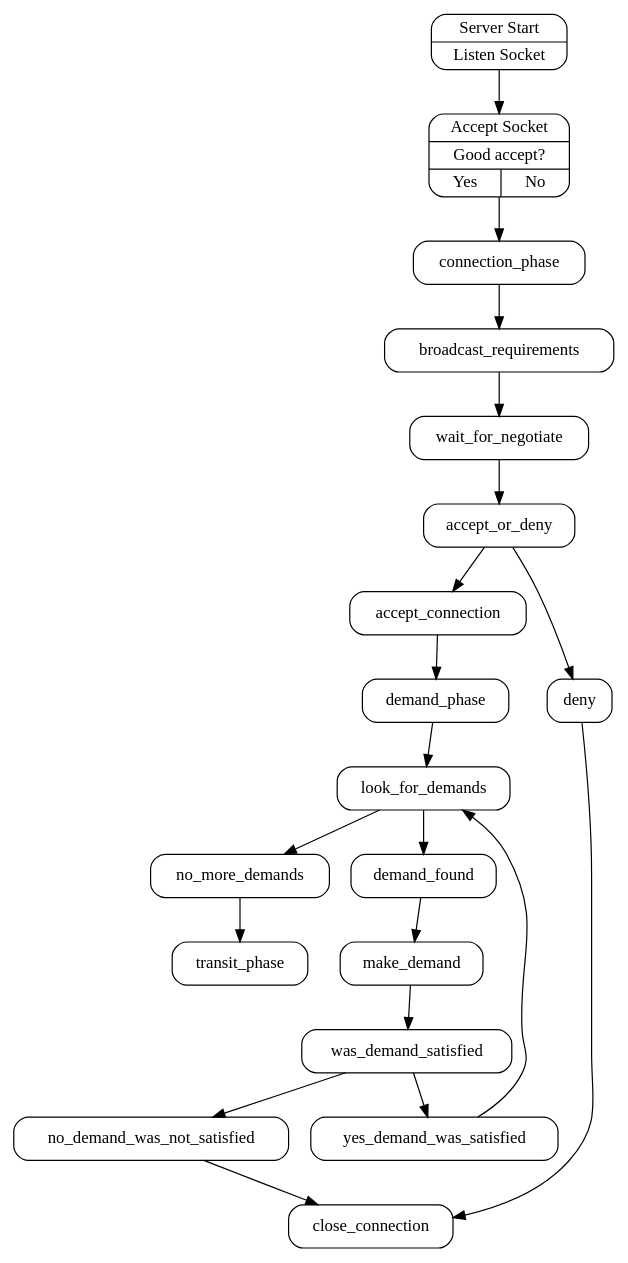
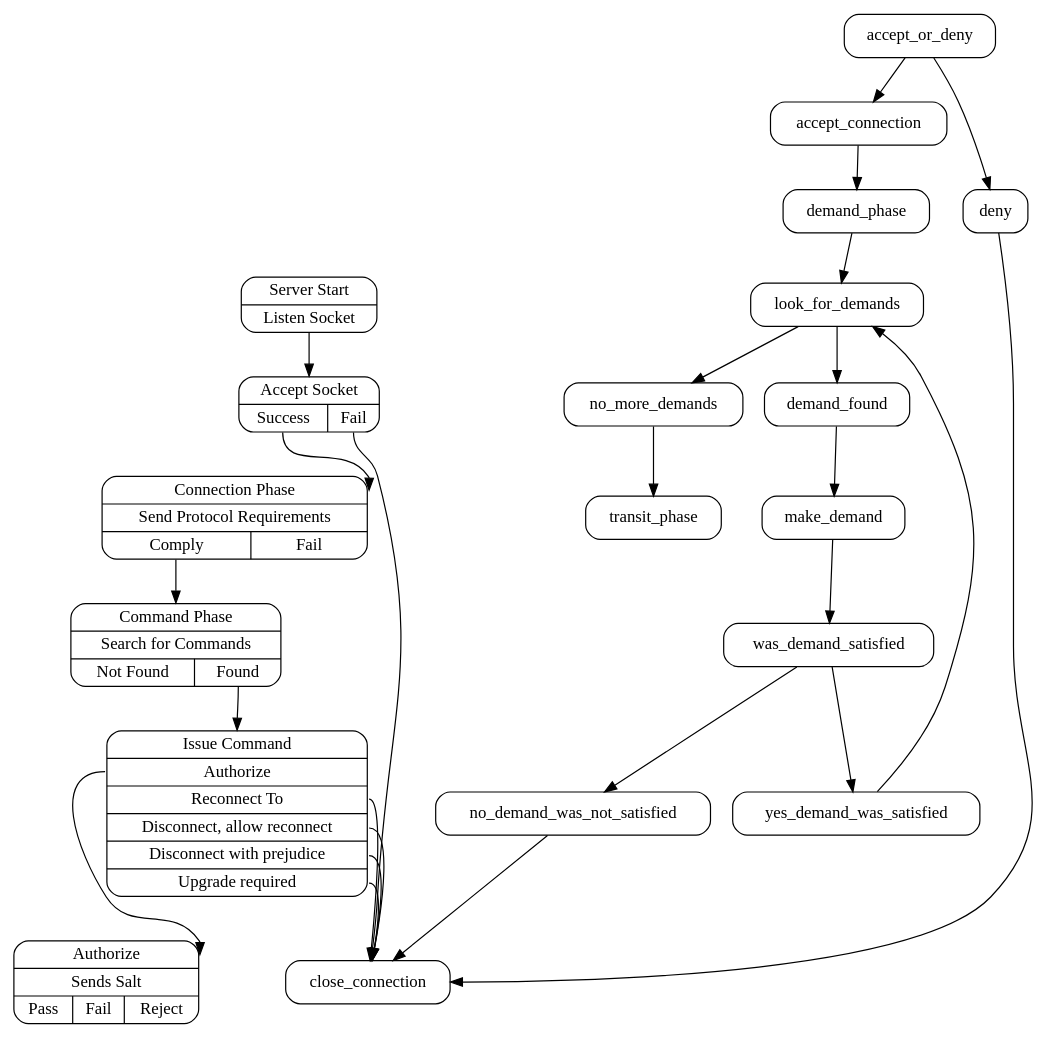
One commit to StoneCypher/scutil.github.com changed the diagram in spec/NBP Diagram.dot. Above: the diagram before and after it, drawn with Graphviz.

Commit message:
Progress on the Net Bridge Protocol implementation

```diff
--- a/spec/NBP Diagram.dot
+++ b/spec/NBP Diagram.dot
@@ -1,31 +1,50 @@
 // $Revision$
 
 digraph G {
 
     graph [];
     node  [shape=Mrecord];
     edge  [];
 
-    "server_start"  [label="{Server Start|Listen Socket}"];
-    "accept_socket" [label="{Accept Socket|Good accept?|{Yes|No}}"];
+    "server_start"     [label="{Server Start|<f0>Listen Socket}"];
+    "accept_socket"    [label="{<f0>Accept Socket|{<f1>Success|<f2>Fail}}"];
+    "connection_phase" [label="{<f0>Connection Phase|Send Protocol Requirements|{<f1>Comply|<f2>Fail}}"];
+    "command_phase"    [label="{<f0>Command Phase|Search for Commands|{<f1>Not Found|<f2>Found}}"];
+    "issue_command"    [label="{<f0>Issue Command|<f1>Authorize|<f2>Reconnect To|<f3>Disconnect, allow reconnect|<f4>Disconnect with prejudice|<f5>Upgrade required}"];
+    "authorize"        [label="{<f0>Authorize|Sends Salt|{<f1>Pass|<f2>Fail|<f3>Reject}}"]
 
+    server_start        -> accept_socket:f0    [];
 
-    server_start -> accept_socket -> connection_phase -> broadcast_requirements -> wait_for_negotiate -> accept_or_deny -> accept_connection -> demand_phase
+    accept_socket:f1    -> connection_phase:f0 [];
+    accept_socket:f2    -> close_connection    [];
+
+    connection_phase:f1 -> command_phase:f0    [];
+
+    command_phase:f2    -> issue_command:f0    [];
+
+    issue_command:f1:w  -> authorize:f0        [];
+
+    issue_command:f2:e  -> close_connection    [];
+    issue_command:f3:e  -> close_connection    [];
+    issue_command:f4:e  -> close_connection    [];
+    issue_command:f5:e  -> close_connection    [];
+
+    accept_or_deny -> accept_connection -> demand_phase
 
     demand_phase -> look_for_demands -> no_more_demands -> transit_phase
 
     look_for_demands -> demand_found -> make_demand -> was_demand_satisfied
 
     was_demand_satisfied -> no_demand_was_not_satisfied -> close_connection
 
     was_demand_satisfied -> yes_demand_was_satisfied
       yes_demand_was_satisfied -> look_for_demands [constraint=false]
 
 
 
     accept_or_deny -> deny -> close_connection
 
 
 
 
 }
```
